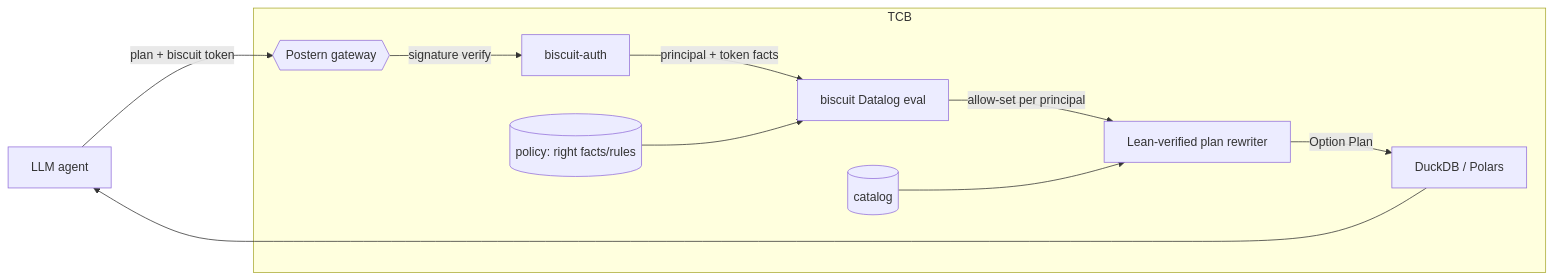
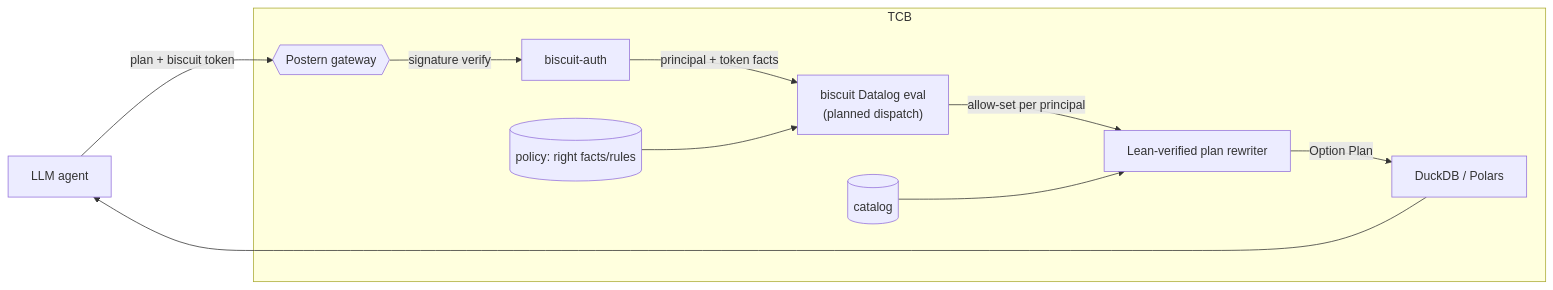
Before and after one commit to debuggingfuture/secure-program-synthesis: the diagram in paper/figures/architecture.mmd, drawn with Mermaid. The commit also changed 8 other files, not shown here.

First line of the commit message:
fix: address remaining audit findings (bridge theorem, diagram, docs, timing)

```diff
--- a/paper/figures/architecture.mmd
+++ b/paper/figures/architecture.mmd
@@ -1,11 +1,11 @@
 flowchart LR
   agent[LLM agent] -->|plan + biscuit token| gw{{Postern gateway}}
   subgraph TCB
     gw -->|signature verify| bc[biscuit-auth]
-    bc -->|principal + token facts| ev[biscuit Datalog eval]
+    bc -->|principal + token facts| ev["biscuit Datalog eval<br/>(planned dispatch)"]
     pol[(policy: right facts/rules)] --> ev
     ev -->|allow-set per principal| rw[Lean-verified plan rewriter]
     cat[(catalog)] --> rw
     rw -->|Option Plan| exe[DuckDB / Polars]
   end
   exe --> agent
```
